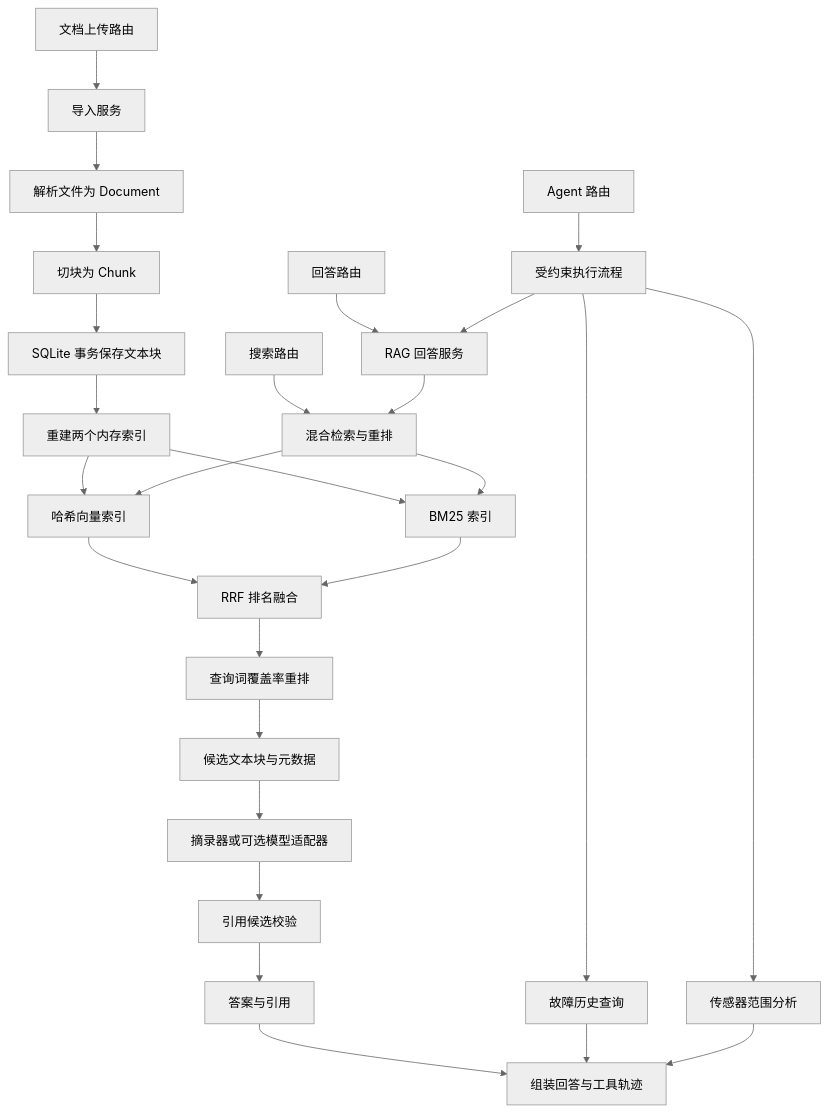
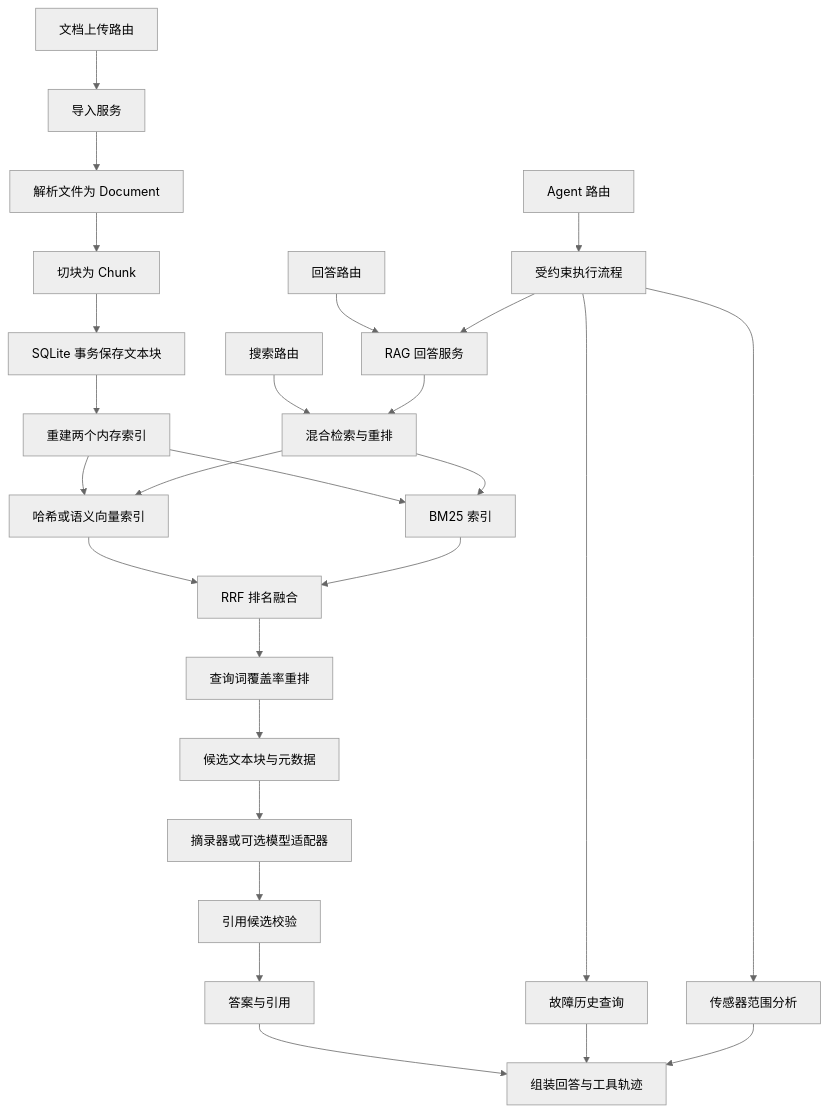
One commit to leonzhanglikang-png/industrial-maintenance-copilot changed the diagram in docs/ARCHITECTURE.md. Above: the diagram before and after it, drawn with Mermaid (neutral theme). The commit also changed other lines of this file and 2 other files, not shown here.

````diff
--- a/docs/ARCHITECTURE.md
+++ b/docs/ARCHITECTURE.md
@@ -154,29 +157,29 @@
 ```mermaid
 flowchart TD
     Upload[文档上传路由] --> Ingest[导入服务]
     Ingest --> Parse[解析文件为 Document]
     Parse --> Chunker[切块为 Chunk]
     Chunker --> Store[SQLite 事务保存文本块]
     Store --> Write[重建两个内存索引]
-    Write --> Vector[哈希向量索引]
+    Write --> Vector[哈希或语义向量索引]
     Write --> BM25[BM25 索引]
     Search[搜索路由] --> Retrieval[混合检索与重排]
     Retrieval --> Vector
     Retrieval --> BM25
     Vector --> Fusion[RRF 排名融合]
     BM25 --> Fusion
     Fusion --> Rerank[查询词覆盖率重排]
     Rerank --> Evidence[候选文本块与元数据]
     Answer[回答路由] --> RAG[RAG 回答服务]
     RAG --> Retrieval
     Evidence --> Generator[摘录器或可选模型适配器]
     Generator --> Check[引用候选校验]
     Check --> Response[答案与引用]
     AgentAPI[Agent 路由] --> Agent[受约束执行流程]
     Agent --> RAG
     Agent --> History[故障历史查询]
     Agent --> Sensor[传感器范围分析]
     Response --> Combine[组装回答与工具轨迹]
     History --> Combine
     Sensor --> Combine
 ```
````
